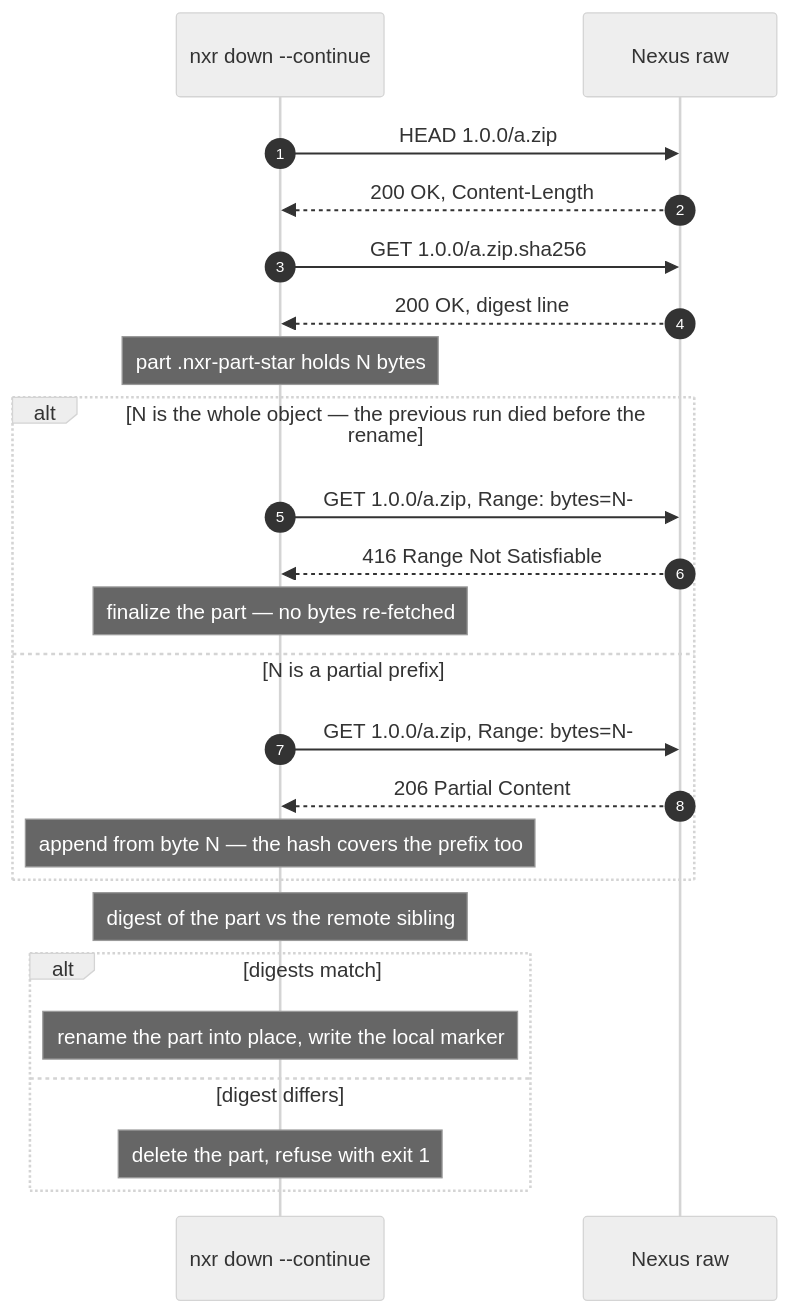
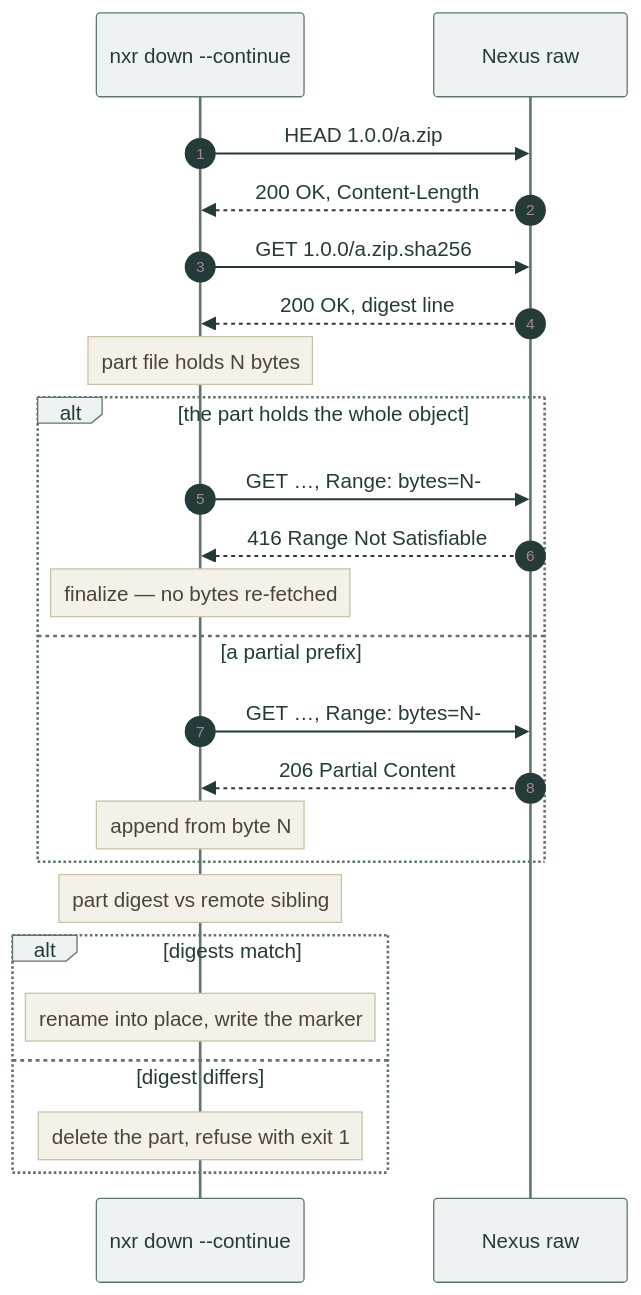
Before and after one commit to Lipen/nexus-raw: the third of 3 diagrams in docs/explanation/design.md, drawn with Mermaid. The commit also changed other lines of this file and 5 other files, not shown here.

Commit message:
docs: hero transcript shot and redrawn diagrams

````diff
--- a/docs/explanation/design.md
+++ b/docs/explanation/design.md
@@ -106,28 +111,28 @@
 ```mermaid
-%%{init: {"theme": "neutral", "themeVariables": {"fontSize": "14px"}}}%%
+%%{init: {"theme": "base", "themeVariables": {"primaryColor": "#eef2f2", "primaryTextColor": "#243b3a", "primaryBorderColor": "#5f7470", "lineColor": "#5f7470", "noteBkgColor": "#f4f1e8", "noteTextColor": "#4a4636", "noteBorderColor": "#c9c2a6", "fontFamily": "inherit"}}}%%
 sequenceDiagram
     autonumber
     participant nxr as nxr down --continue
     participant srv as Nexus raw
 
     nxr->>srv: HEAD 1.0.0/a.zip
     srv-->>nxr: 200 OK, Content-Length
     nxr->>srv: GET 1.0.0/a.zip.sha256
     srv-->>nxr: 200 OK, digest line
-    note over nxr: part .nxr-part-star holds N bytes
-    alt N is the whole object — the previous run died before the rename
-        nxr->>srv: GET 1.0.0/a.zip, Range: bytes=N-
+    note over nxr: part file holds N bytes
+    alt the part holds the whole object
+        nxr->>srv: GET …, Range: bytes=N-
         srv-->>nxr: 416 Range Not Satisfiable
-        note over nxr: finalize the part — no bytes re-fetched
-    else N is a partial prefix
-        nxr->>srv: GET 1.0.0/a.zip, Range: bytes=N-
+        note over nxr: finalize — no bytes re-fetched
+    else a partial prefix
+        nxr->>srv: GET …, Range: bytes=N-
         srv-->>nxr: 206 Partial Content
-        note over nxr: append from byte N — the hash covers the prefix too
+        note over nxr: append from byte N
     end
-    note over nxr: digest of the part vs the remote sibling
+    note over nxr: part digest vs remote sibling
     alt digests match
-        note over nxr: rename the part into place, write the local marker
+        note over nxr: rename into place, write the marker
     else digest differs
         note over nxr: delete the part, refuse with exit 1
     end
 ```
````
